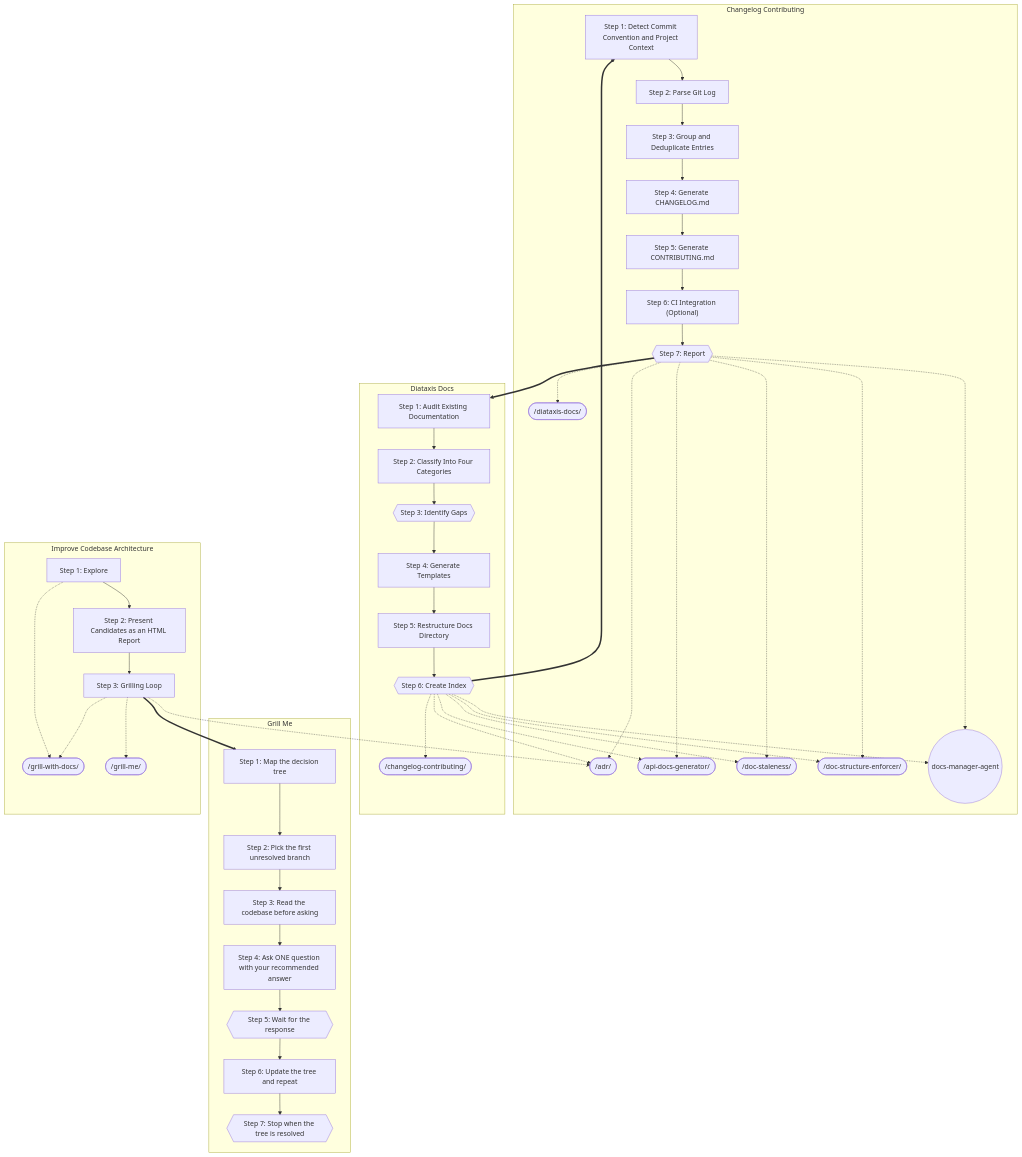
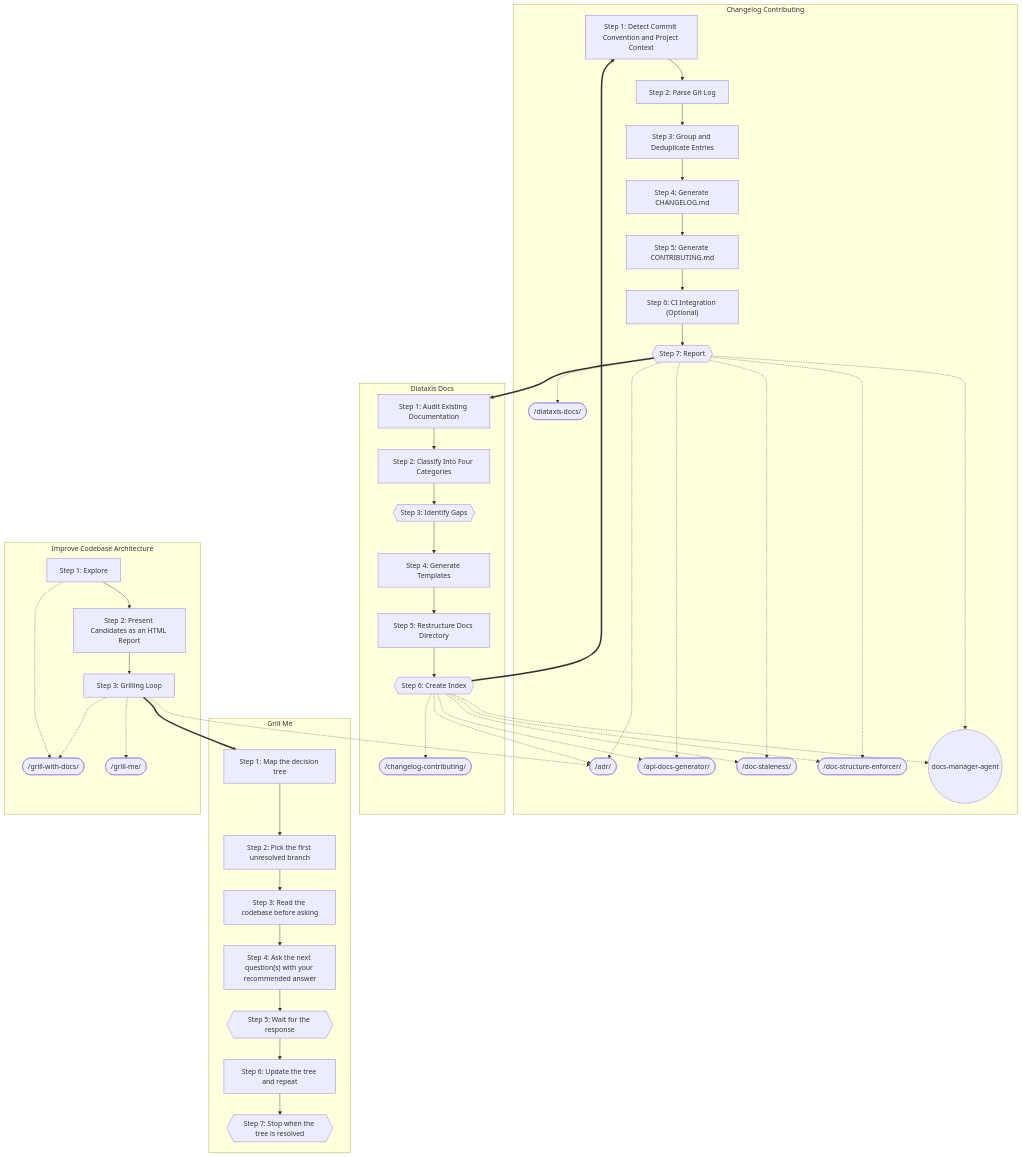
One commit to abhayla/claude-best-practices changed the second of 9 diagrams in docs/workflows/documentation.md. Above: the diagram before and after it, drawn with Mermaid. The commit also changed other lines of this file and 13 other files, not shown here.

```diff
--- a/docs/workflows/documentation.md
+++ b/docs/workflows/documentation.md
@@ -118,7 +118,7 @@
         grill_me_s1 --> grill_me_s2
         grill_me_s3["Step 3: Read the codebase before asking"]
         grill_me_s2 --> grill_me_s3
-        grill_me_s4["Step 4: Ask ONE question with your recommended answer"]
+        grill_me_s4["Step 4: Ask the next question(s) with your recommended answer"]
         grill_me_s3 --> grill_me_s4
         grill_me_s5{{Step 5: Wait for the response}}
         grill_me_s4 --> grill_me_s5
```
